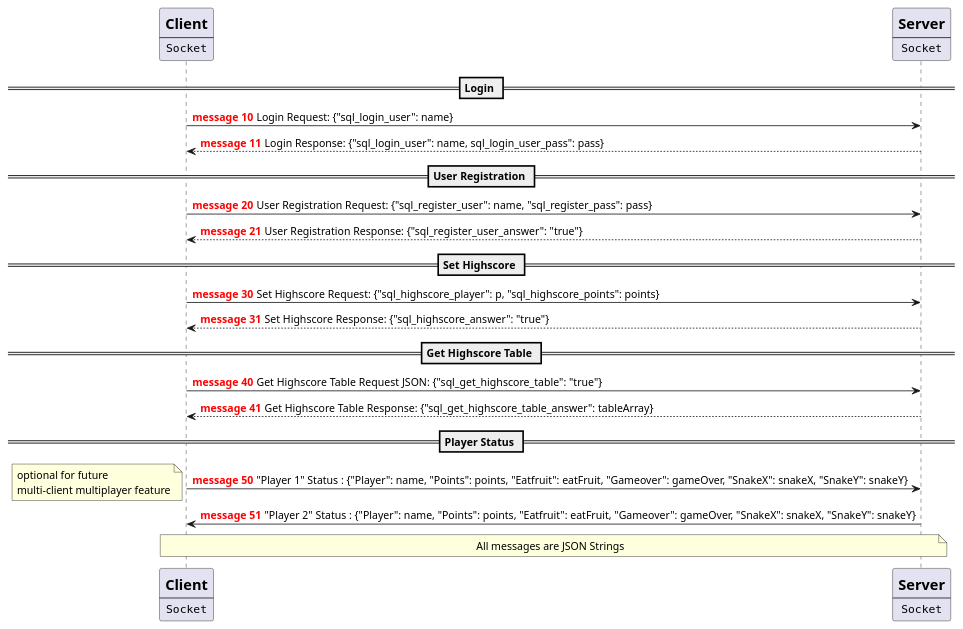
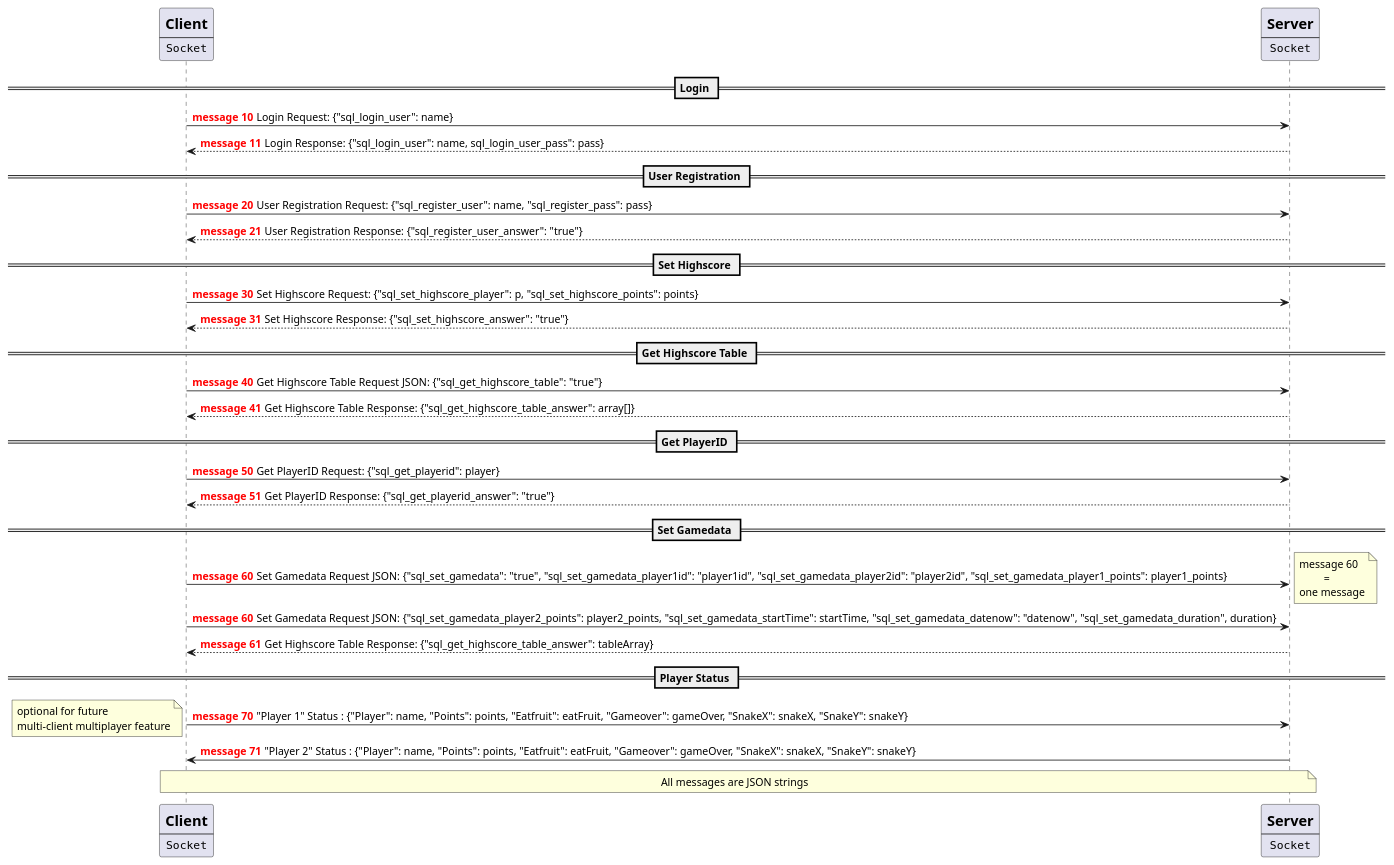
One commit to s74594/Multiplayer_Snake changed the diagram in plantUML/MultiplayerSnakeNetworkCommunication.puml. Above: the diagram before and after it, drawn with PlantUML. The commit also changed 5 other files, not shown here.

Commit message:
DatabaseController Javadocs hinzugefügt setSpielstand auf Netzwerk umgestellt getPlayer auf Netzwerk umgestellt DatabaseController vollständig in Server implementiert Schnittstellendiagramm geupdatet

```diff
--- a/plantUML/MultiplayerSnakeNetworkCommunication.puml
+++ b/plantUML/MultiplayerSnakeNetworkCommunication.puml
@@ -1,43 +1,58 @@
 @startuml
 'https://plantuml.com/sequence-diagram
 
 autonumber
 
 participant Client [
     =Client
     ----
     ""Socket""
     ]
 participant Server [
         =Server
         ----
         ""Socket""
         ]
 
 == Login ==
 autonumber 10 "<font color=red><b>message "
 Client -> Server: Login Request: {"sql_login_user": name}
 Client <-- Server: Login Response: {"sql_login_user": name, sql_login_user_pass": pass}
 == User Registration ==
 autonumber 20 "<font color=red><b>message "
 Client -> Server: User Registration Request: {"sql_register_user": name, "sql_register_pass": pass}
 Client <-- Server: User Registration Response: {"sql_register_user_answer": "true"}
 == Set Highscore ==
 autonumber 30 "<font color=red><b>message "
-Client -> Server: Set Highscore Request: {"sql_highscore_player": p, "sql_highscore_points": points}
-Client <-- Server: Set Highscore Response: {"sql_highscore_answer": "true"}
+Client -> Server: Set Highscore Request: {"sql_set_highscore_player": p, "sql_set_highscore_points": points}
+Client <-- Server: Set Highscore Response: {"sql_set_highscore_answer": "true"}
 == Get Highscore Table ==
 autonumber 40 "<font color=red><b>message "
 Client -> Server: Get Highscore Table Request JSON: {"sql_get_highscore_table": "true"}
+Client <-- Server: Get Highscore Table Response: {"sql_get_highscore_table_answer": array[]}
+== Get PlayerID ==
+autonumber 50 "<font color=red><b>message "
+Client -> Server: Get PlayerID Request: {"sql_get_playerid": player}
+Client <-- Server: Get PlayerID Response: {"sql_get_playerid_answer": "true"}
+== Set Gamedata ==
+autonumber 60 "<font color=red><b>message "
+Client -> Server: Set Gamedata Request JSON: {"sql_set_gamedata": "true", "sql_set_gamedata_player1id": "player1id", "sql_set_gamedata_player2id": "player2id", "sql_set_gamedata_player1_points": player1_points}
+note right
+message 60
+         =
+one message
+end note
+autonumber 60 "<font color=red><b>message "
+Client -> Server: Set Gamedata Request JSON: {"sql_set_gamedata_player2_points": player2_points, "sql_set_gamedata_startTime": startTime, "sql_set_gamedata_datenow": "datenow", "sql_set_gamedata_duration", duration}
 Client <-- Server: Get Highscore Table Response: {"sql_get_highscore_table_answer": tableArray}
 
 == Player Status ==
-autonumber 50 "<font color=red><b>message "
+autonumber 70 "<font color=red><b>message "
 Client -> Server: "Player 1" Status : {"Player": name, "Points": points, "Eatfruit": eatFruit, "Gameover": gameOver, "SnakeX": snakeX, "SnakeY": snakeY}
 note left
 optional for future
 multi-client multiplayer feature
 end note
 Client <- Server: "Player 2" Status : {"Player": name, "Points": points, "Eatfruit": eatFruit, "Gameover": gameOver, "SnakeX": snakeX, "SnakeY": snakeY}
-note over Client, Server: All messages are JSON Strings
+note over Client, Server: All messages are JSON strings
 @enduml
```
